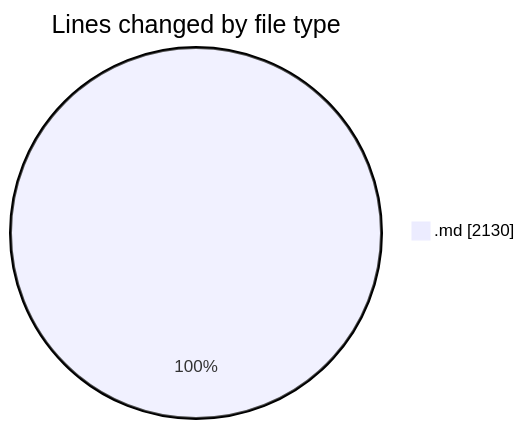
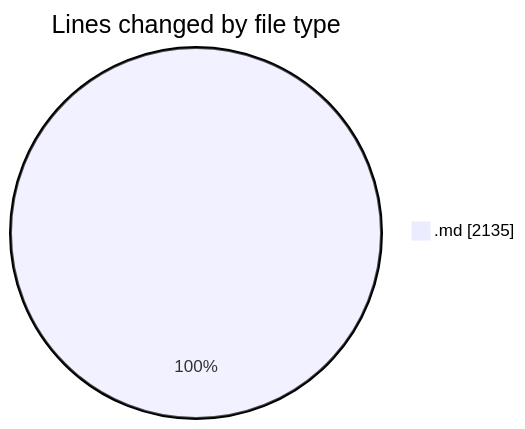
One commit to Ritupan-Deka/code-tracking changed the first of 2 diagrams in 2025-07-07/urlwebwala_intership_work/README.md. Above: the diagram before and after it, drawn with Mermaid. The commit also changed other lines of this file and 1 other file, not shown here.

````diff
--- a/2025-07-07/urlwebwala_intership_work/README.md
+++ b/2025-07-07/urlwebwala_intership_work/README.md
@@ -22,5 +22,5 @@
 ```mermaid
 pie showData
 title Lines changed by file type
-".md" : 2130
+".md" : 2135
 ```
````
